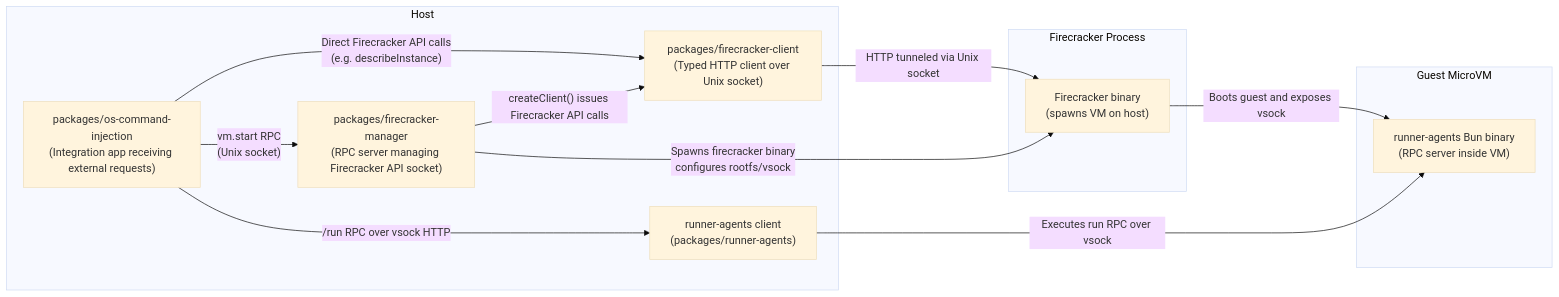
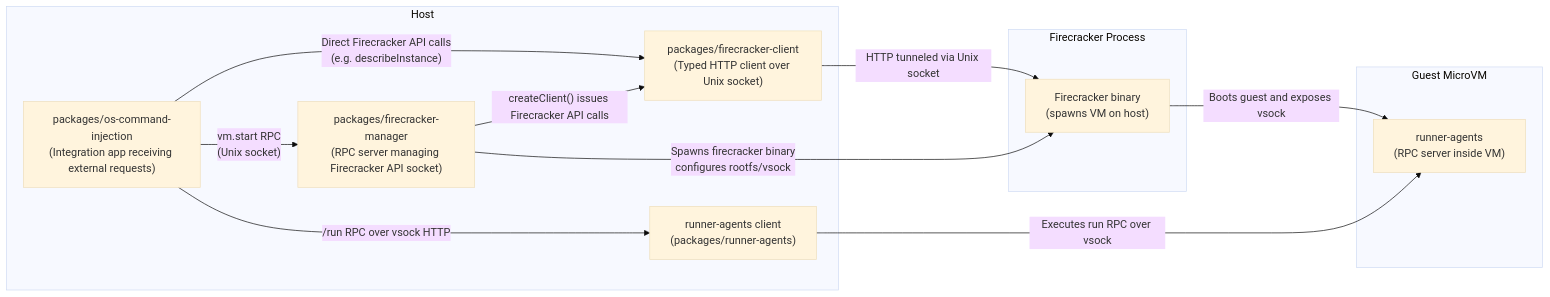
One commit to odan-sandbox/firecracker-sandbox changed the diagram in README.md. Above: the diagram before and after it, drawn with Mermaid (base theme).

````diff
--- a/README.md
+++ b/README.md
@@ -49,24 +49,24 @@
 ```mermaid
 flowchart LR
     subgraph Host
         OCI["packages/os-command-injection\n(Integration app receiving external requests)"]
         FKM["packages/firecracker-manager\n(RPC server managing Firecracker API socket)"]
         FKC["packages/firecracker-client\n(Typed HTTP client over Unix socket)"]
         RAHost["runner-agents client\n(packages/runner-agents)"]
     end
     subgraph Firecracker Process
         FR["Firecracker binary\n(spawns VM on host)"]
     end
     subgraph Guest MicroVM
-        RAGuest["runner-agents Bun binary\n(RPC server inside VM)"]
+        RAGuest["runner-agents\n(RPC server inside VM)"]
     end
 
     OCI -->|"vm.start RPC\n(Unix socket)"| FKM
     OCI -->|"Direct Firecracker API calls\n(e.g. describeInstance)"| FKC
     OCI -->|"/run RPC over vsock HTTP"| RAHost
     FKM -->|"createClient() issues Firecracker API calls"| FKC
     FKC -->|"HTTP tunneled via Unix socket"| FR
     FKM -->|"Spawns firecracker binary\nconfigures rootfs/vsock"| FR
     FR -->|"Boots guest and exposes vsock"| RAGuest
     RAHost -->|"Executes run RPC over vsock"| RAGuest
 ```
````
